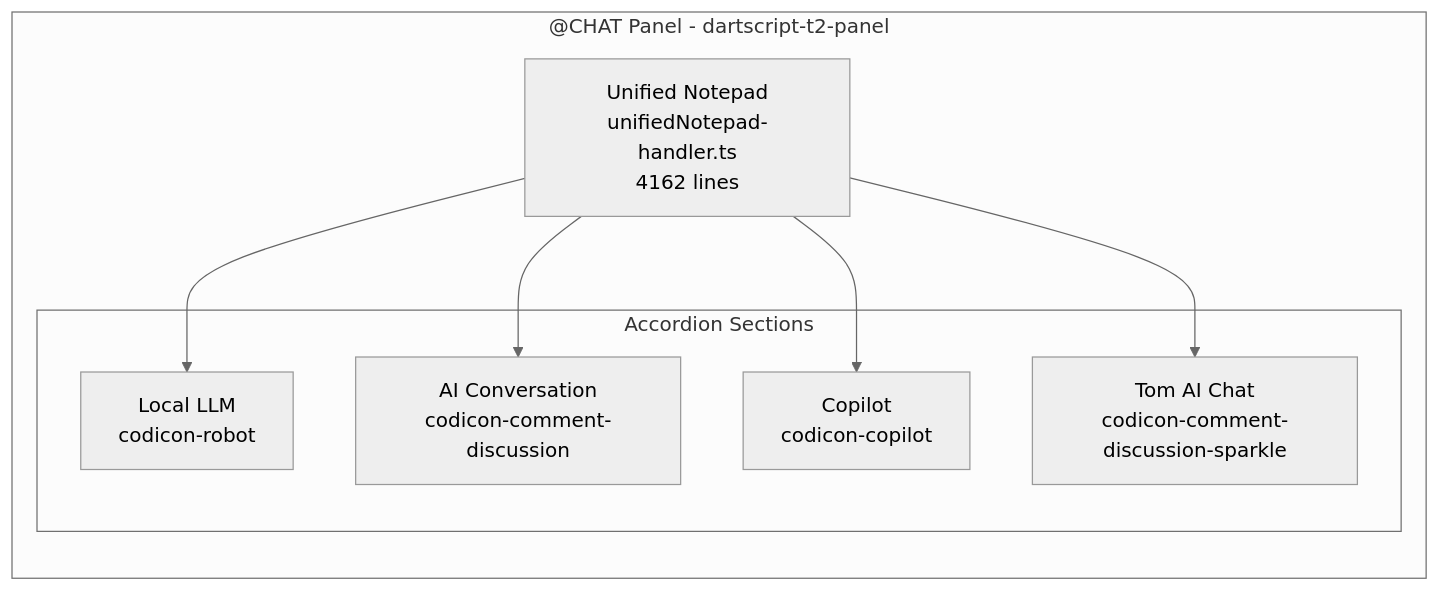
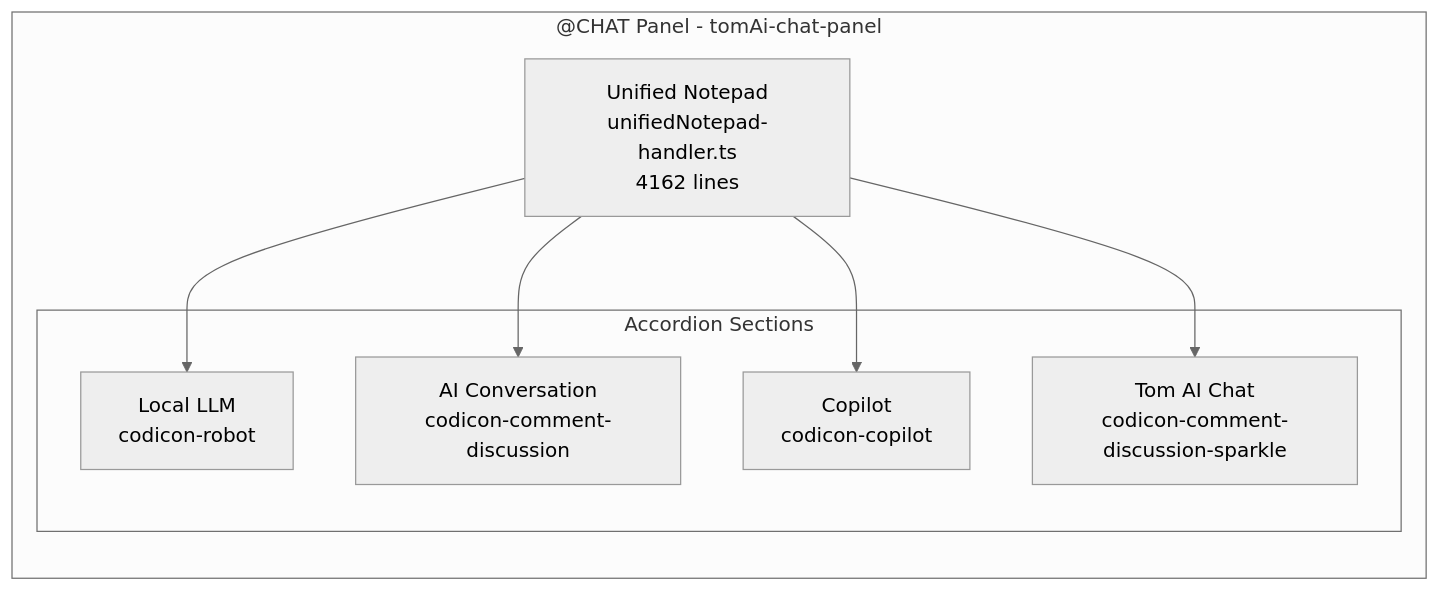
The fourth of 13 diagrams in tom_vscode_extension/doc/extension_analysis.md (al-the-bear/tom_vscode), drawn with Mermaid (neutral theme) before and after one commit. The commit also changed other lines of this file and 19 other files, not shown here.

````diff
--- a/tom_vscode_extension/doc/extension_analysis.md
+++ b/tom_vscode_extension/doc/extension_analysis.md
@@ -274,16 +276,16 @@
 ```mermaid
 graph TB
-    subgraph "@CHAT Panel - dartscript-t2-panel"
+    subgraph "@CHAT Panel - tomAi-chat-panel"
         direction TB
         T2["Unified Notepad<br/>unifiedNotepad-handler.ts<br/>4162 lines"]
         
         subgraph "Accordion Sections"
             S1["Local LLM<br/>codicon-robot"]
             S2["AI Conversation<br/>codicon-comment-discussion"]
             S3["Copilot<br/>codicon-copilot"]
             S4["Tom AI Chat<br/>codicon-comment-discussion-sparkle"]
         end
         
         T2 --> S1 & S2 & S3 & S4
     end
 ```
````
